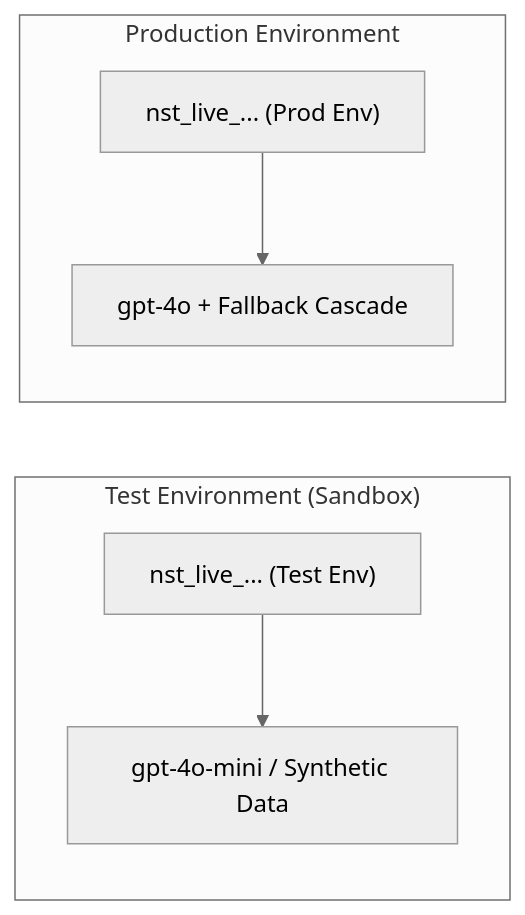
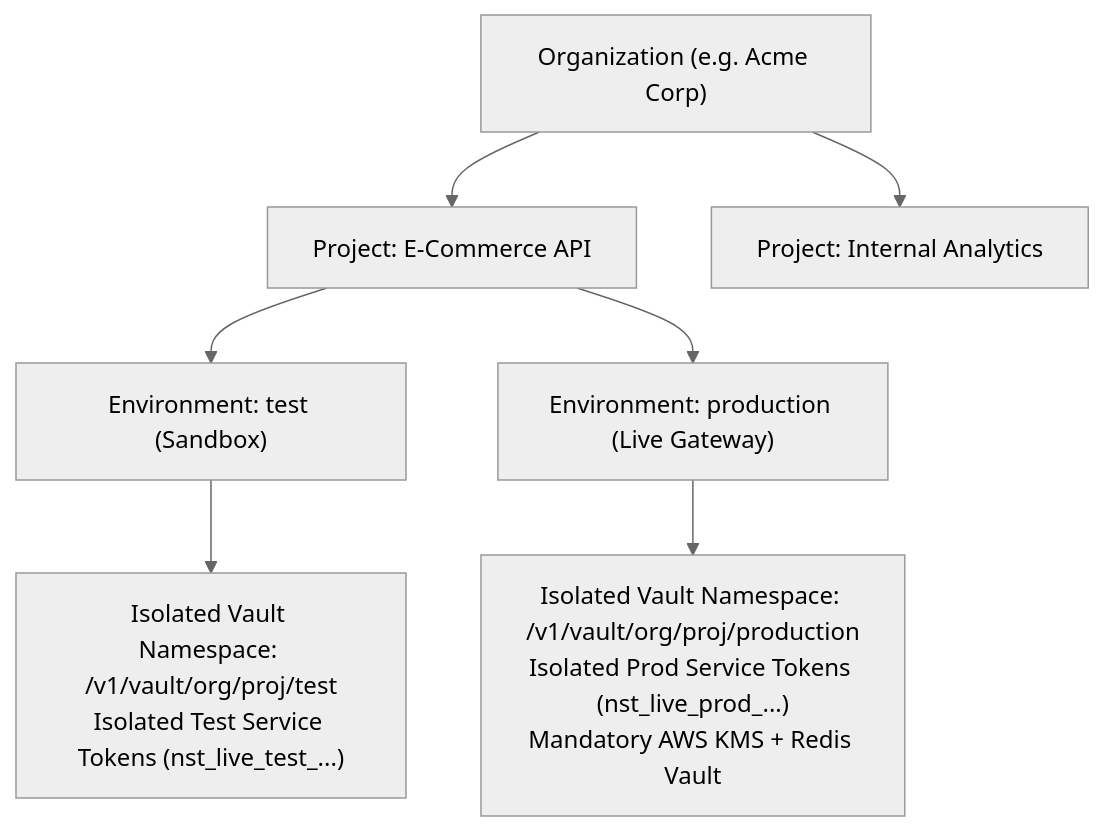
Before and after one commit to bhakha-services/naagmani-docs: the diagram in docs/concepts/environments.md, drawn with Mermaid (neutral theme). The commit also changed other lines of this file and 38 other files, not shown here.

````diff
--- a/docs/concepts/environments.md
+++ b/docs/concepts/environments.md
@@ -5,9 +7,12 @@
 ```mermaid
-graph LR
-    subgraph Test["Test Environment (Sandbox)"]
-        TestToken["nst_live_... (Test Env)"] --> TestModel["gpt-4o-mini / Synthetic Data"]
-    end
-    subgraph Prod["Production Environment"]
-        ProdToken["nst_live_... (Prod Env)"] --> ProdModel["gpt-4o + Fallback Cascade"]
-    end
+graph TD
+    Org["Organization (e.g. Acme Corp)"]
+    Org --> Proj1["Project: E-Commerce API"]
+    Org --> Proj2["Project: Internal Analytics"]
+
+    Proj1 --> EnvTest["Environment: test (Sandbox)"]
+    Proj1 --> EnvProd["Environment: production (Live Gateway)"]
+
+    EnvTest --> SecTest["Isolated Vault Namespace: /v1/vault/org/proj/test\nIsolated Test Service Tokens (nst_live_test_...)"]
+    EnvProd --> SecProd["Isolated Vault Namespace: /v1/vault/org/proj/production\nIsolated Prod Service Tokens (nst_live_prod_...)\nMandatory AWS KMS + Redis Vault"]
 ```
````
